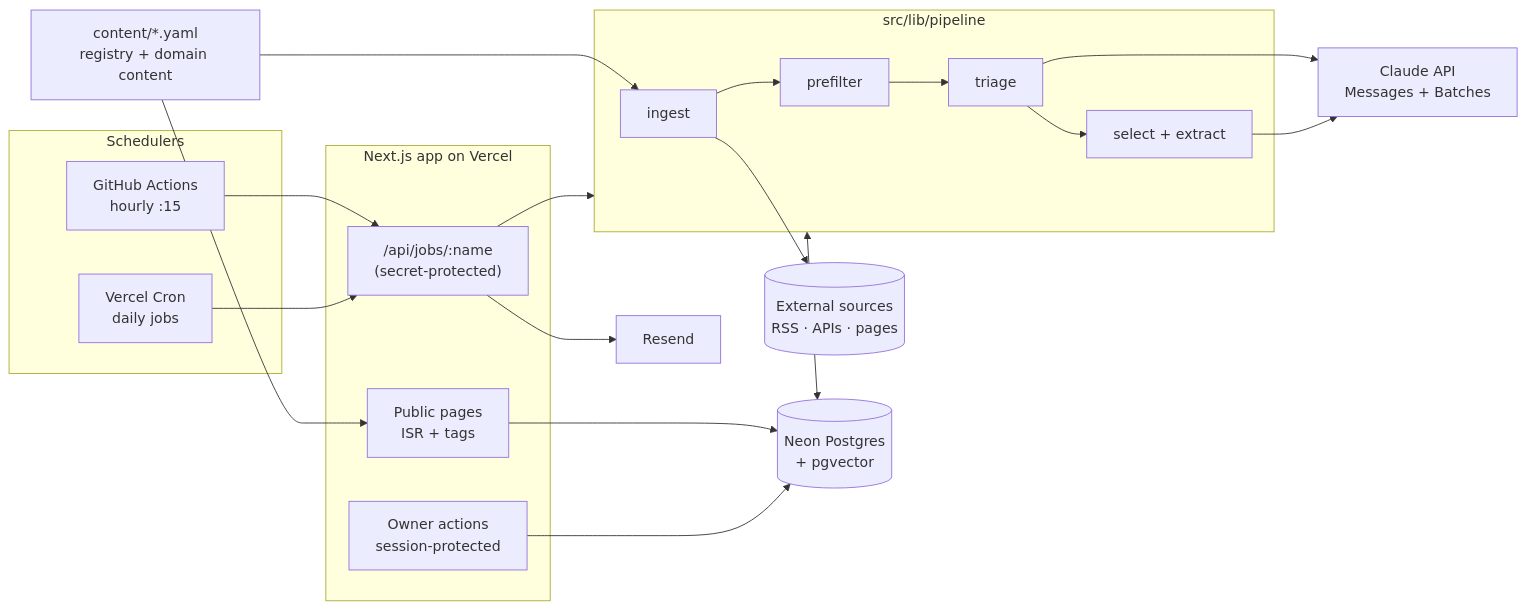
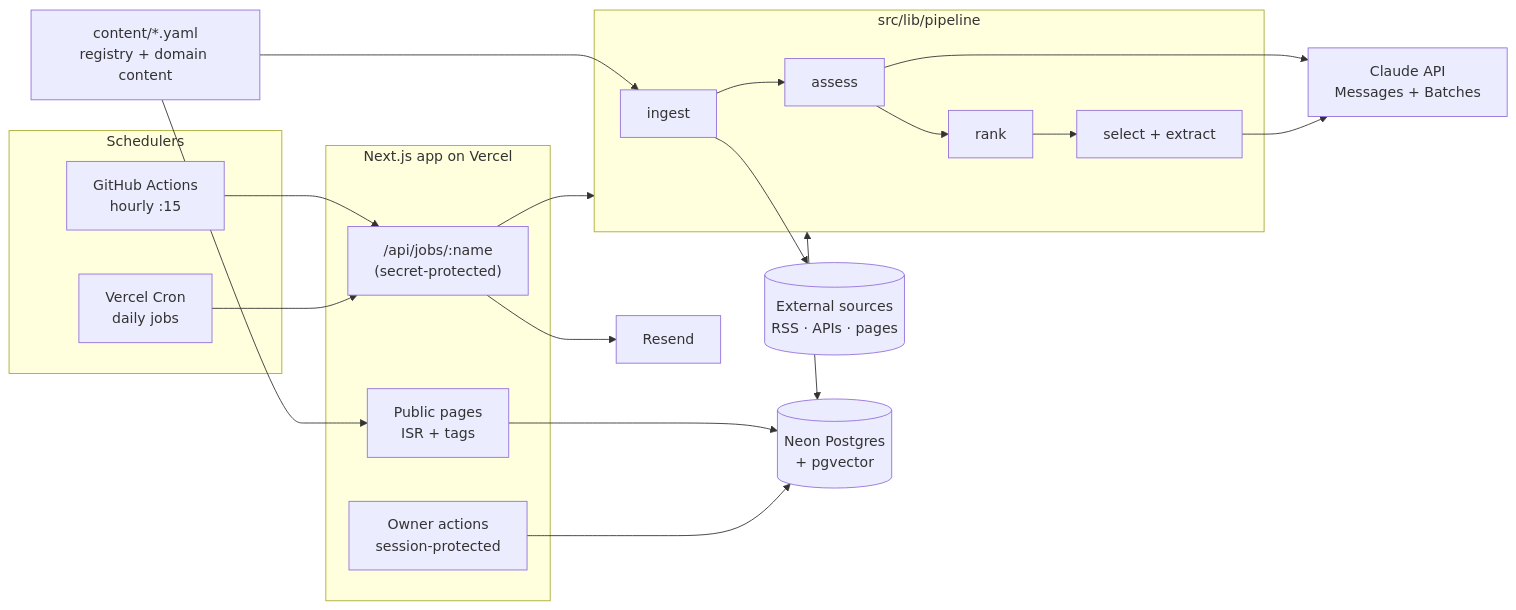
One commit to markd6v/technology-frontier changed the diagram in docs/ARCHITECTURE.md. Above: the diagram before and after it, drawn with Mermaid. The commit also changed other lines of this file and 3 other files, not shown here.

````diff
--- a/docs/ARCHITECTURE.md
+++ b/docs/ARCHITECTURE.md
@@ -20,37 +20,37 @@
 ```mermaid
 flowchart LR
   subgraph Schedulers
     GHA[GitHub Actions<br/>hourly :15]
     VC[Vercel Cron<br/>daily jobs]
   end
 
   subgraph App[Next.js app on Vercel]
     JOBS["/api/jobs/:name<br/>(secret-protected)"]
     PAGES[Public pages<br/>ISR + tags]
     OWNER[Owner actions<br/>session-protected]
   end
 
   subgraph Pipeline[src/lib/pipeline]
-    ING[ingest] --> PRE[prefilter] --> TRI[triage]
-    TRI --> SEL[select + extract]
+    ING[ingest] --> ASSESS[assess] --> RANK[rank]
+    RANK --> SEL[select + extract]
   end
 
   SRC[(External sources<br/>RSS · APIs · pages)]
   DB[(Neon Postgres<br/>+ pgvector)]
   LLM[Claude API<br/>Messages + Batches]
   MAIL[Resend]
   REG[content/*.yaml<br/>registry + domain content]
 
   GHA --> JOBS
   VC --> JOBS
   JOBS --> Pipeline
   ING --> SRC
-  TRI --> LLM
+  ASSESS --> LLM
   SEL --> LLM
   JOBS --> MAIL
   Pipeline <--> DB
   REG --> ING
   REG --> PAGES
   PAGES --> DB
   OWNER --> DB
 ```
````
